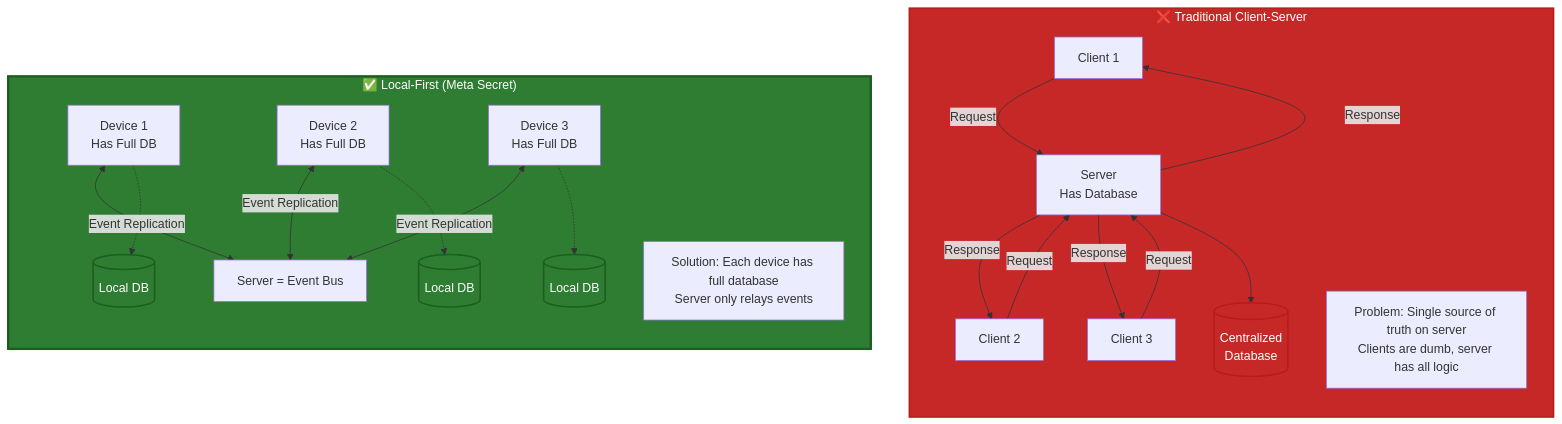
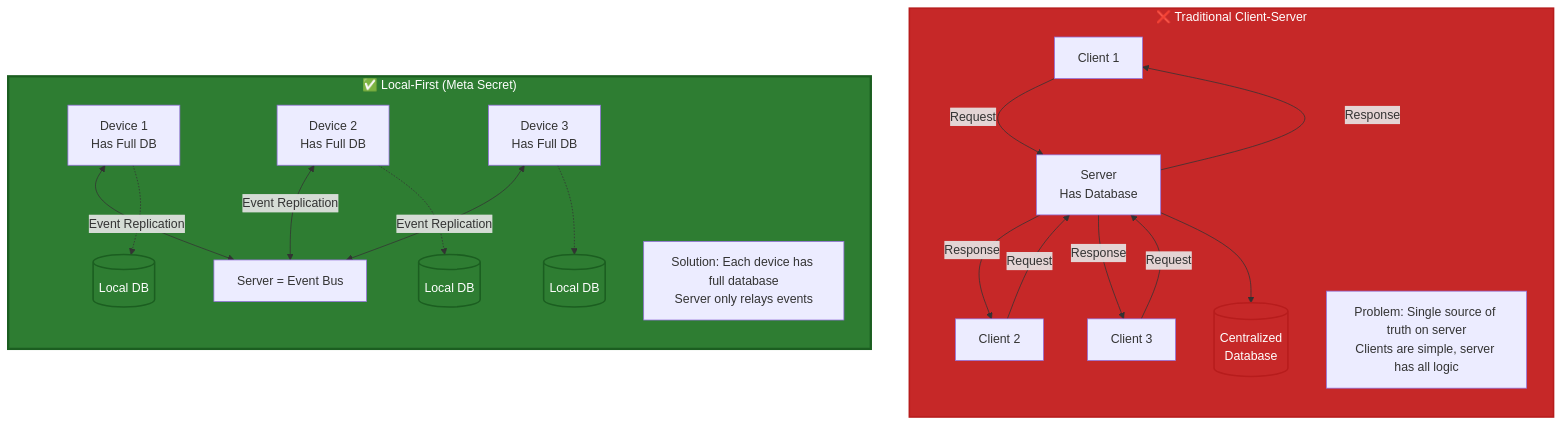
Before and after one commit to meta-secret/meta-secret-core: the tenth of 11 diagrams in docs/meta-secret-technical-presentation.md, drawn with Mermaid. The commit also changed other lines of this file, not shown here.

````diff
--- a/docs/meta-secret-technical-presentation.md
+++ b/docs/meta-secret-technical-presentation.md
@@ -538,36 +538,36 @@
 ```mermaid
 flowchart TB
     subgraph TRAD["❌ Traditional Client-Server"]
         direction TB
         C1[Client 1] -->|Request| SRV[Server<br/>Has Database]
         C2[Client 2] -->|Request| SRV
         C3[Client 3] -->|Request| SRV
         SRV -->|Response| C1
         SRV -->|Response| C2
         SRV -->|Response| C3
         
         SRV --> DB[(Centralized<br/>Database)]
         
-        NOTE1[Problem: Single source of truth on server<br/>Clients are dumb, server has all logic]
+        NOTE1[Problem: Single source of truth on server<br/>Clients are simple, server has all logic]
     end
     
     subgraph LOCAL["✅ Local-First (Meta Secret)"]
         direction TB
         D1[Device 1<br/>Has Full DB] <-->|Event Replication| BUS[Server = Event Bus]
         D2[Device 2<br/>Has Full DB] <-->|Event Replication| BUS
         D3[Device 3<br/>Has Full DB] <-->|Event Replication| BUS
         
         D1 -.-> L1[(Local DB)]
         D2 -.-> L2[(Local DB)]
         D3 -.-> L3[(Local DB)]
         
         NOTE2[Solution: Each device has full database<br/>Server only relays events]
     end
     
     style TRAD fill:#c62828,color:#fff,stroke:#b71c1c,stroke-width:2px
     style LOCAL fill:#2e7d32,color:#fff,stroke:#1b5e20,stroke-width:3px
     style DB fill:#c62828,color:#fff,stroke:#b71c1c,stroke-width:2px
     style L1 fill:#2e7d32,color:#fff,stroke:#1b5e20,stroke-width:2px
     style L2 fill:#2e7d32,color:#fff,stroke:#1b5e20,stroke-width:2px
     style L3 fill:#2e7d32,color:#fff,stroke:#1b5e20,stroke-width:2px
 ```
````
